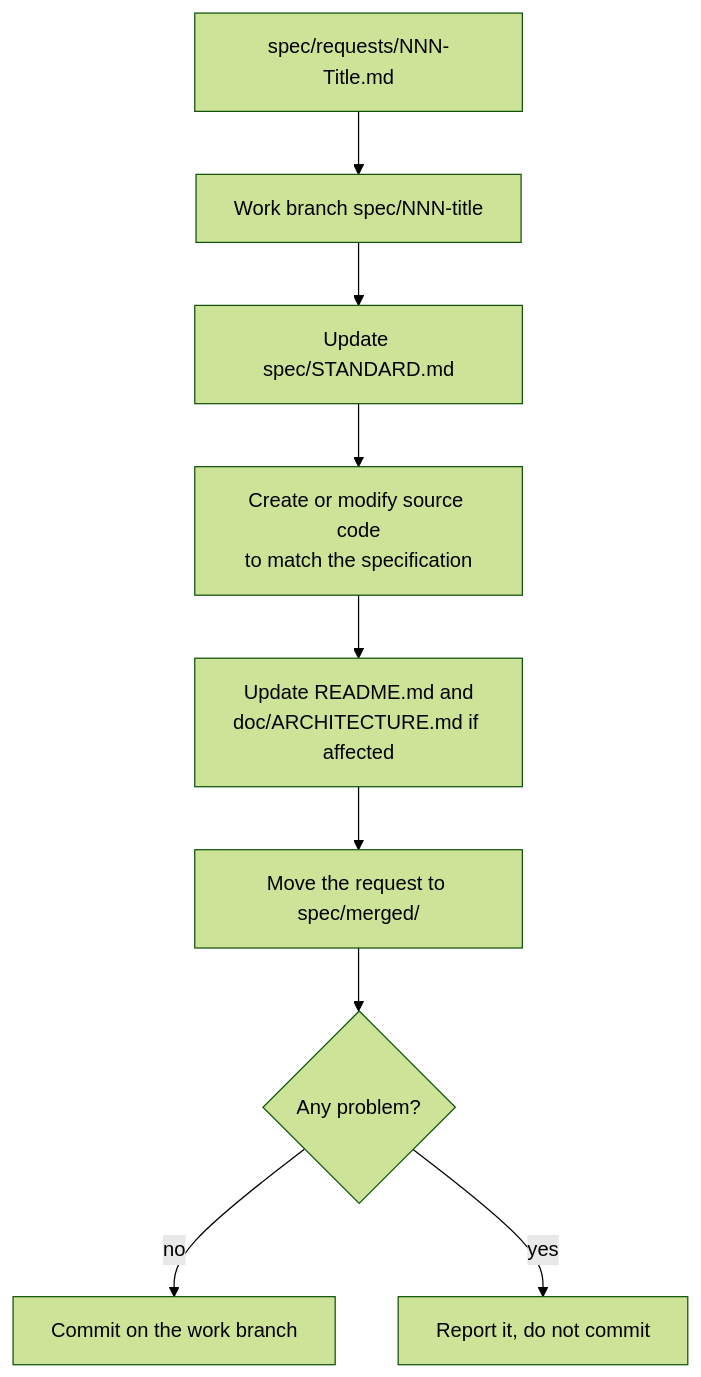
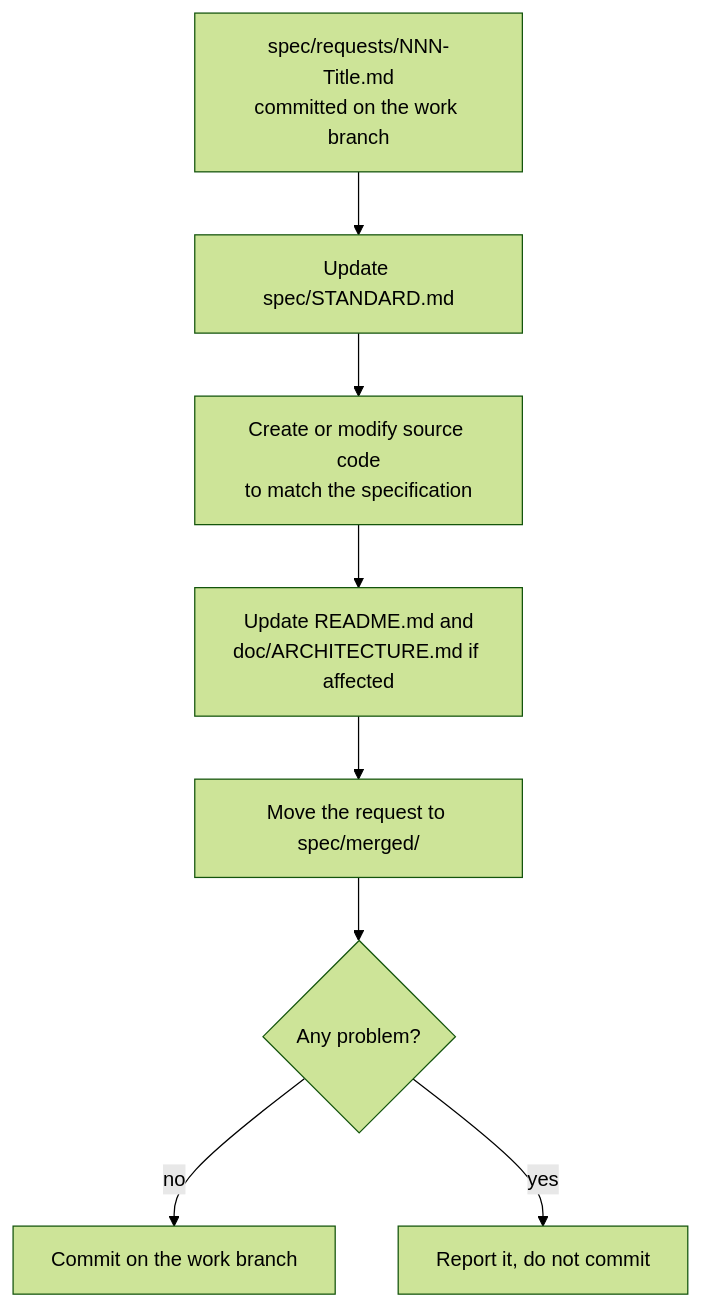
The sixth of 6 diagrams in spec/STANDARD.md (skonmeme/skons_keyboard), drawn with Mermaid (forest theme) before and after one commit. The commit also changed other lines of this file and 3 other files, not shown here.

First line of the commit message:
Apply request 000 decisions to spec/STANDARD.md

````diff
--- a/spec/STANDARD.md
+++ b/spec/STANDARD.md
@@ -428,11 +550,10 @@
 ```mermaid
 flowchart TD
-    R["spec/requests/NNN-Title.md"] --> W["Work branch spec/NNN-title"]
-    W --> S["Update spec/STANDARD.md"]
+    R["spec/requests/NNN-Title.md<br/>committed on the work branch"] --> S["Update spec/STANDARD.md"]
     S --> C["Create or modify source code<br/>to match the specification"]
     C --> D["Update README.md and<br/>doc/ARCHITECTURE.md if affected"]
     D --> M["Move the request to spec/merged/"]
     M --> Q{"Any problem?"}
     Q -- no --> G["Commit on the work branch"]
     Q -- yes --> X["Report it, do not commit"]
 ```
````
